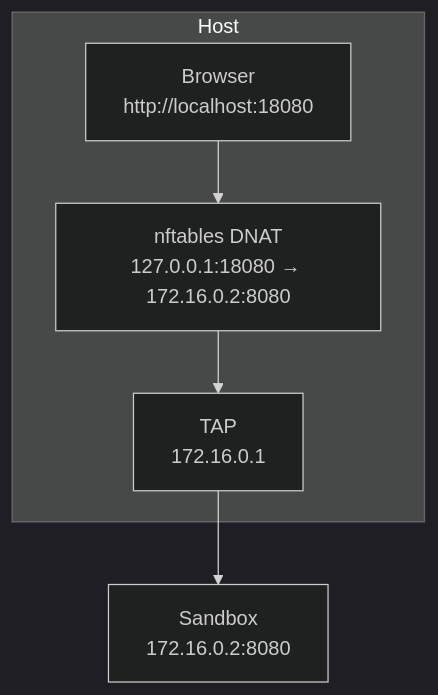
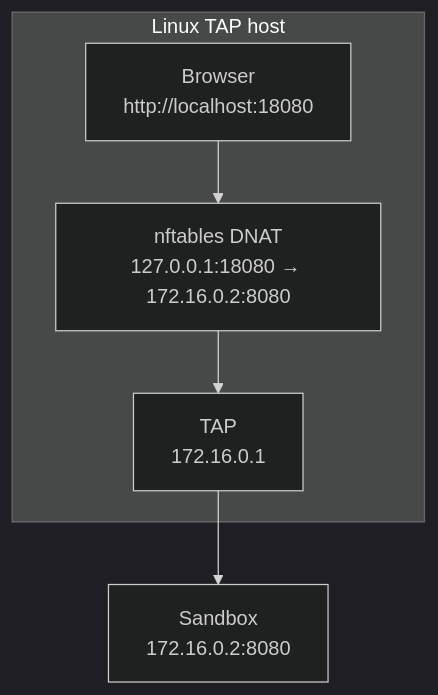
Before and after one commit to CelestoAI/mintlify-docs: the second of 2 diagrams in smolvm/concepts/networking.mdx, drawn with Mermaid (dark theme). The commit also changed other lines of this file and 9 other files, not shown here.

````diff
--- a/smolvm/concepts/networking.mdx
+++ b/smolvm/concepts/networking.mdx
@@ -120,12 +128,12 @@
 ```mermaid
 flowchart TB
-  subgraph Host["Host"]
+  subgraph Host["Linux TAP host"]
     Browser["Browser<br/>http://localhost:18080"]
     DNAT["nftables DNAT<br/>127.0.0.1:18080 → 172.16.0.2:8080"]
     TAP["TAP<br/>172.16.0.1"]
 
     Browser --> DNAT --> TAP
   end
 
   TAP --> VM["Sandbox<br/>172.16.0.2:8080"]
 ```
````
